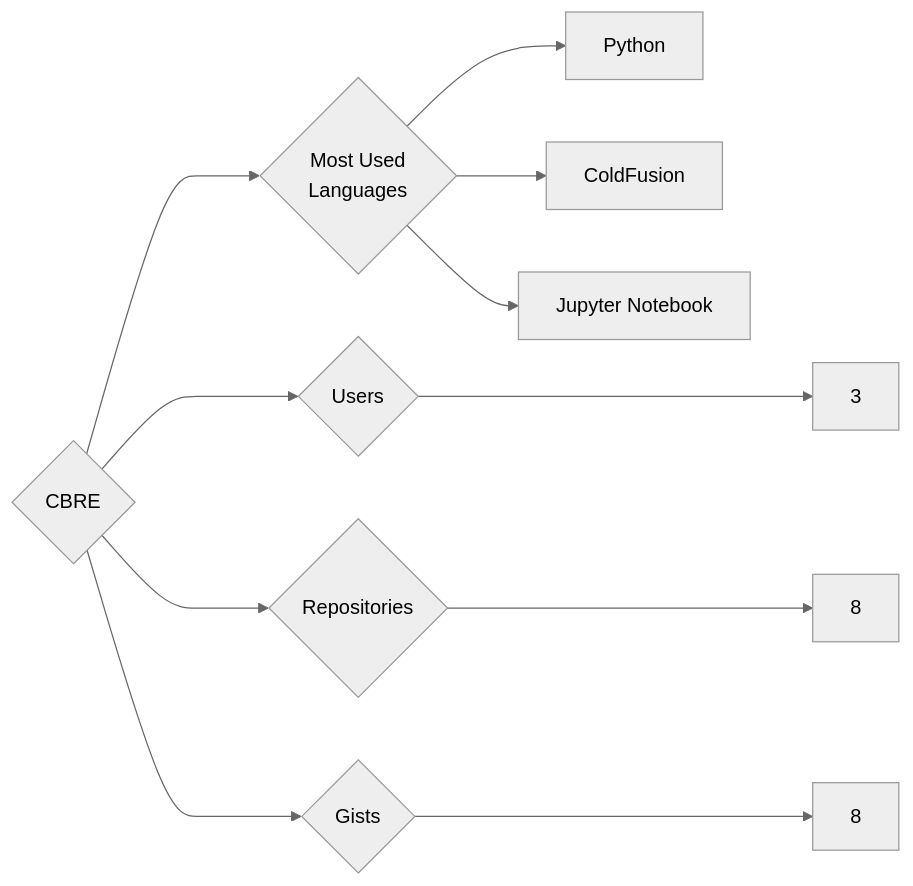
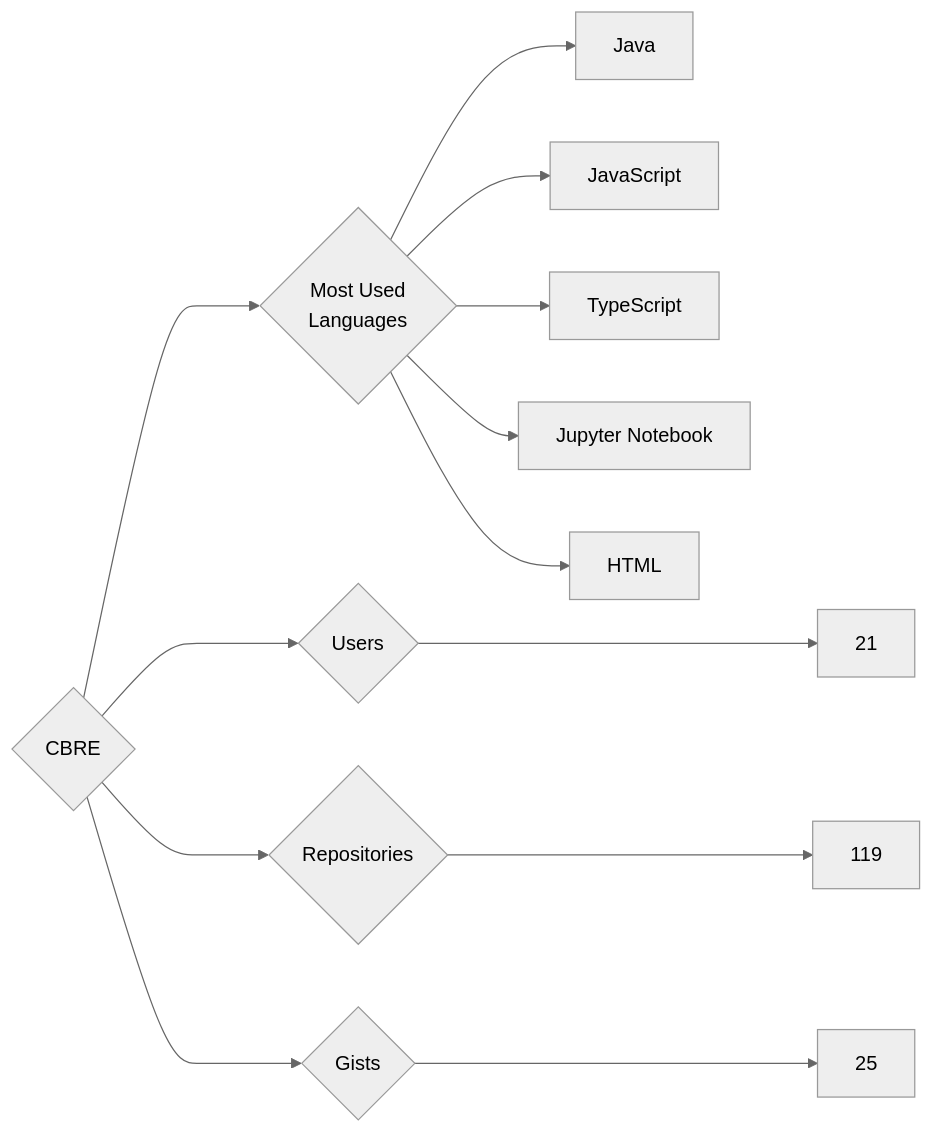
One commit to trickest/insiders changed the diagram in targets/CBRE/README.md. Above: the diagram before and after it, drawn with Mermaid (neutral theme). The commit also changed 891 other files, not shown here.

````diff
--- a/targets/CBRE/README.md
+++ b/targets/CBRE/README.md
@@ -3,11 +3,13 @@
 ```mermaid
 graph LR
 COMPANY_NAME{CBRE}
-COMPANY_NAME ---> U{Users} ---> UN[3]
-COMPANY_NAME ---> R{Repositories} ---> RN[8]
-COMPANY_NAME ---> G{Gists} ---> GN[8]
+COMPANY_NAME ---> U{Users} ---> UN[21]
+COMPANY_NAME ---> R{Repositories} ---> RN[119]
+COMPANY_NAME ---> G{Gists} ---> GN[25]
 COMPANY_NAME ---> ML{Most Used<br>Languages}
-ML --> Python[Python]
-ML --> ColdFusion[ColdFusion]
+ML --> Java[Java]
+ML --> JavaScript[JavaScript]
+ML --> TypeScript[TypeScript]
 ML --> Jupyter_Notebook[Jupyter Notebook]
+ML --> HTML[HTML]
 ```
````
